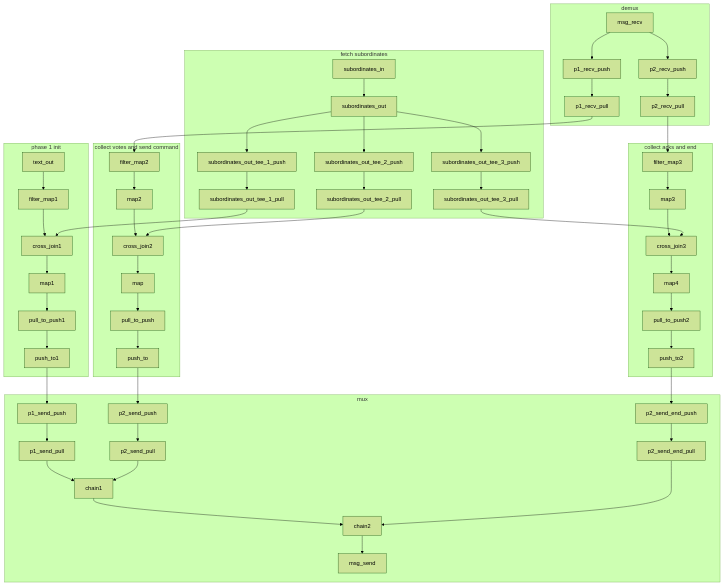
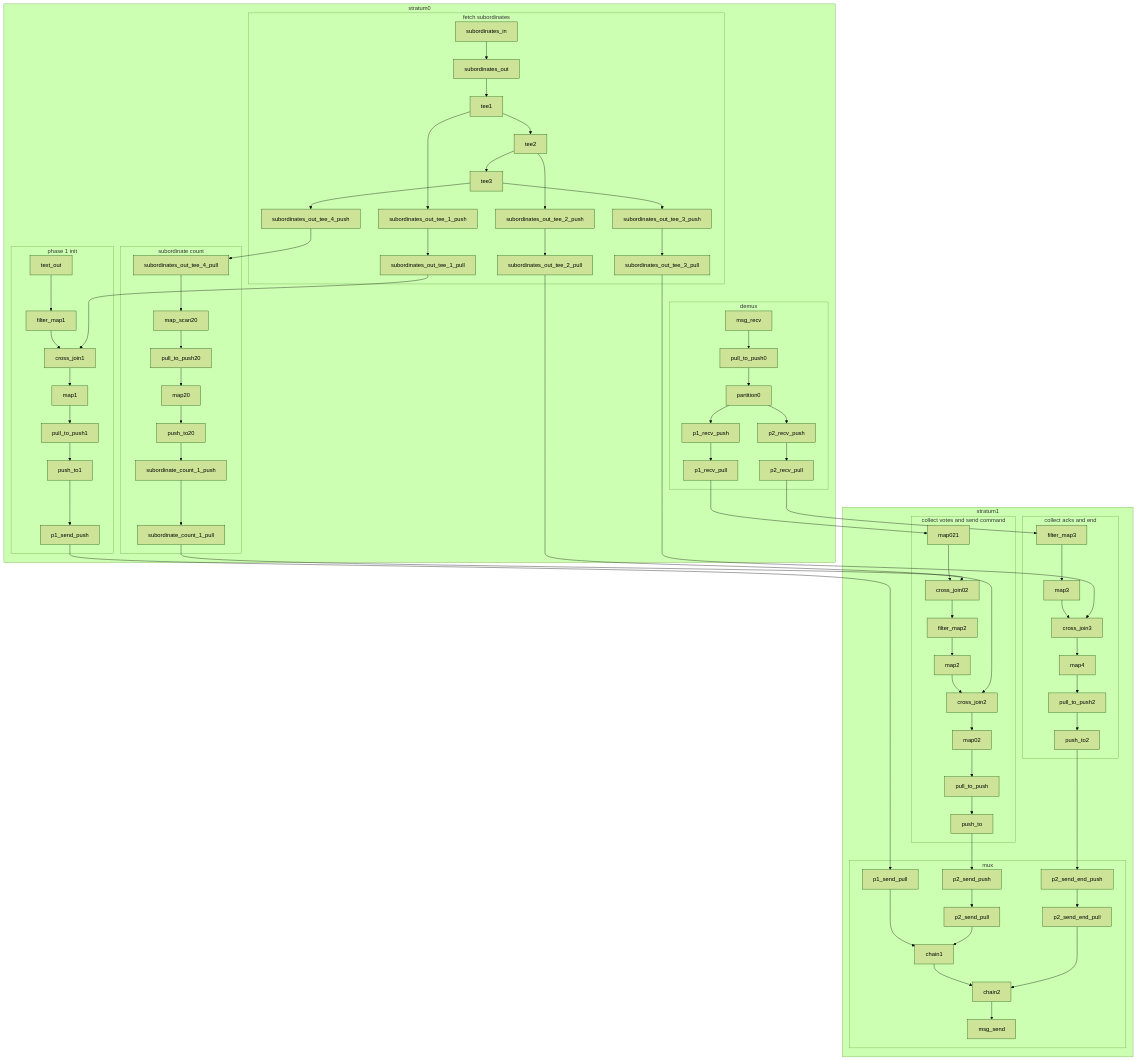
Before and after one commit to nickjiang2378/hydroflow: the first of 2 diagrams in hydroflow/examples/two_pc/README.md, drawn with Mermaid (forest theme). The commit also changed 2 other files, not shown here.

Commit message:
2PC with Group-By (#111)
* dataflow diagrams for 2pc readme

* Incorporate group-by into 2pc

* Revert abort probability

* Fixes

````diff
--- a/hydroflow/examples/two_pc/README.md
+++ b/hydroflow/examples/two_pc/README.md
@@ -19,46 +19,62 @@
 ```mermaid
 graph TD;
-    subgraph demux
-    msg_recv-->p1_recv_push;
-    msg_recv-->p2_recv_push;
-    p1_recv_push-->p1_recv_pull;
-    p2_recv_push-->p2_recv_pull;
+    subgraph stratum0
+        subgraph demux
+            msg_recv-->pull_to_push0;
+            pull_to_push0-->partition0-->p1_recv_push;
+            partition0-->p2_recv_push;
+            p1_recv_push-->p1_recv_pull;
+            p2_recv_push-->p2_recv_pull;
+        end
+        subgraph "subordinate count"
+            subordinates_out_tee_4_pull-->map_scan20;
+            map_scan20-->pull_to_push20-->map20;
+            map20-->push_to20-->subordinate_count_1_push;
+            subordinate_count_1_push-->subordinate_count_1_pull;
+        end
+        subgraph "fetch subordinates"
+            subordinates_in-->subordinates_out;
+            subordinates_out-->tee1;
+            tee1-->subordinates_out_tee_1_push;
+            tee1-->tee2;
+            tee2-->tee3;
+            tee2-->subordinates_out_tee_2_push;
+            tee3-->subordinates_out_tee_3_push;
+            tee3-->subordinates_out_tee_4_push;
+            subordinates_out_tee_1_push-->subordinates_out_tee_1_pull;
+            subordinates_out_tee_2_push-->subordinates_out_tee_2_pull;
+            subordinates_out_tee_3_push-->subordinates_out_tee_3_pull;
+            subordinates_out_tee_4_push-->subordinates_out_tee_4_pull;
+        end
+        subgraph "phase 1 init"
+            text_out-->filter_map1-->cross_join1;
+            subordinates_out_tee_1_pull-->cross_join1;
+            cross_join1-->map1-->pull_to_push1-->push_to1-->p1_send_push;
+        end
     end
 
-    subgraph mux
-    p1_send_push-->p1_send_pull;
-    p1_send_pull-->chain1;
-    p2_send_push-->p2_send_pull;
-    p2_send_pull-->chain1;
-    chain1-->chain2;
-    p2_send_end_push-->p2_send_end_pull;
-    p2_send_end_pull-->chain2;
-    chain2-->msg_send;
-    end
+    subgraph stratum1
+        subgraph mux
+        p1_send_push-->p1_send_pull;
+        p1_send_pull-->chain1;
+        p2_send_push-->p2_send_pull;
+        p2_send_pull-->chain1;
+        chain1-->chain2;
+        p2_send_end_push-->p2_send_end_pull;
+        p2_send_end_pull-->chain2;
+        chain2-->msg_send;
+        end
 
-    subgraph "fetch subordinates"
-    subordinates_in-->subordinates_out;
-    subordinates_out-->subordinates_out_tee_1_push;
-    subordinates_out-->subordinates_out_tee_2_push;
-    subordinates_out-->subordinates_out_tee_3_push;
-    subordinates_out_tee_1_push-->subordinates_out_tee_1_pull;
-    subordinates_out_tee_2_push-->subordinates_out_tee_2_pull;
-    subordinates_out_tee_3_push-->subordinates_out_tee_3_pull;
-    end
+        subgraph "collect votes and send command"
+        %% p1_recv_pull-->filter_map2-->map2-->cross_join2;
+        p1_recv_pull-->map021-->cross_join02-->filter_map2-->map2-->cross_join2;
+        subordinate_count_1_pull-->cross_join02;
+        subordinates_out_tee_2_pull-->cross_join2-->map02-->pull_to_push-->push_to-->p2_send_push;
+        end
 
-    subgraph "phase 1 init"
-    text_out-->filter_map1-->cross_join1;
-    subordinates_out_tee_1_pull-->cross_join1;
-    cross_join1-->map1-->pull_to_push1-->push_to1-->p1_send_push;
-    end
-
-    subgraph "collect votes and send command"
-    p1_recv_pull-->filter_map2-->map2-->cross_join2;
-    subordinates_out_tee_2_pull-->cross_join2-->map-->pull_to_push-->push_to-->p2_send_push;
-    end
-
-    subgraph "collect acks and end"
-    p2_recv_pull-->filter_map3-->map3-->cross_join3;
-    subordinates_out_tee_3_pull-->cross_join3-->map4-->pull_to_push2-->push_to2-->p2_send_end_push;
+        subgraph "collect acks and end"
+        p2_recv_pull-->filter_map3-->map3-->cross_join3;
+        subordinates_out_tee_3_pull-->cross_join3-->map4-->pull_to_push2-->push_to2-->p2_send_end_push;
+        end
     end
 ```
````
